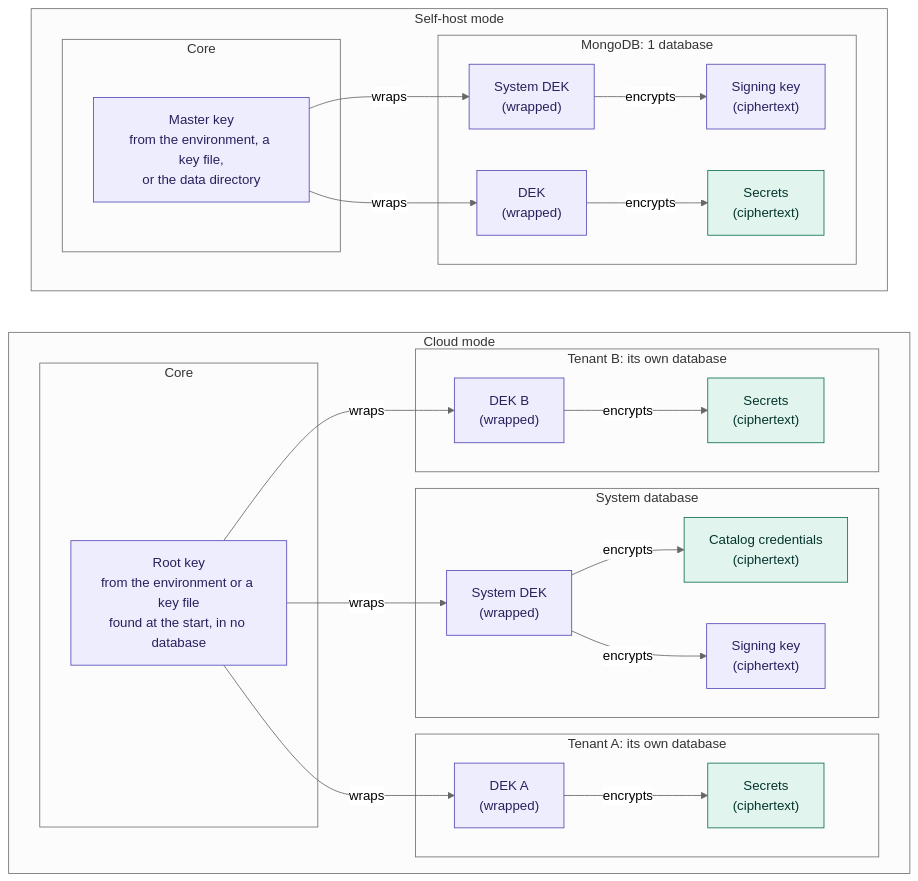
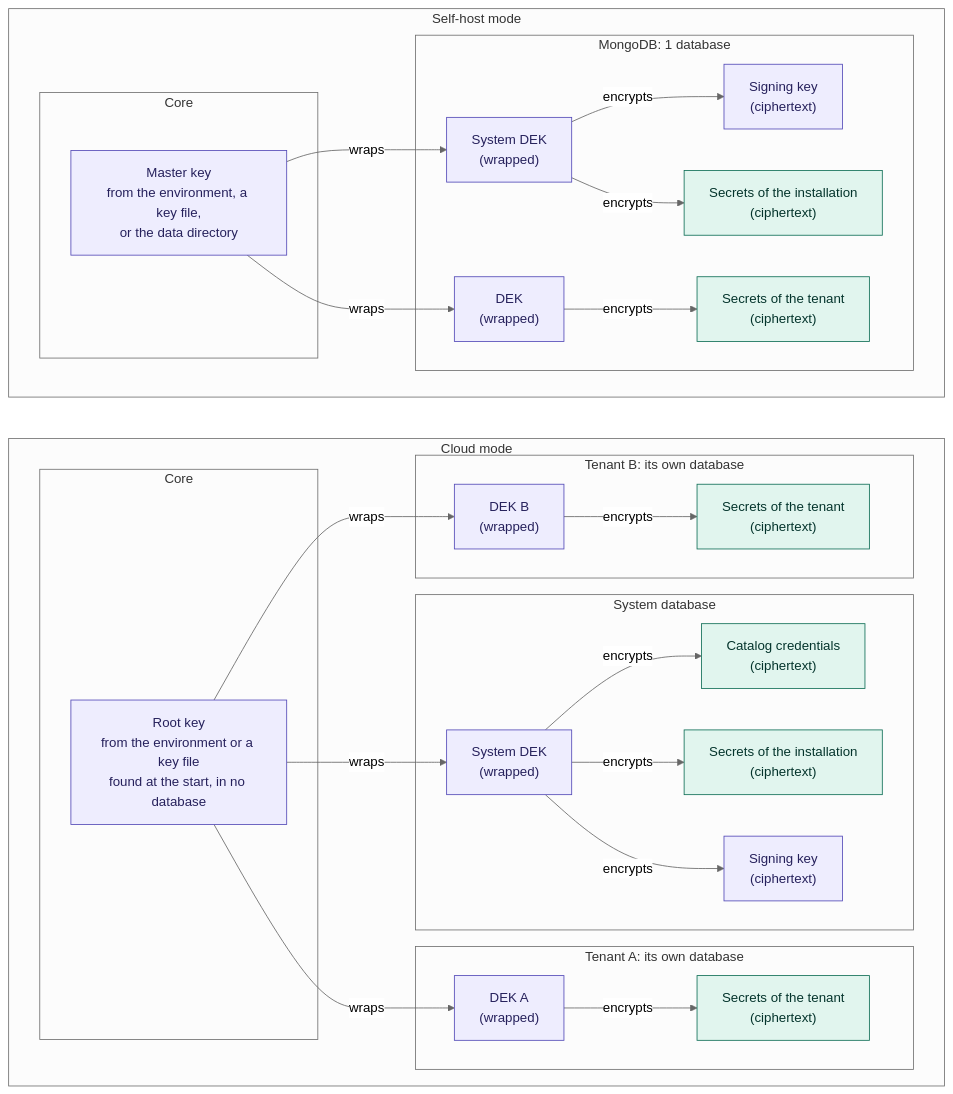
Before and after one commit to opencelium/opencelium: the second of 2 diagrams in src/backend/docs/architecture.md, drawn with Mermaid (neutral theme). The commit also changed other lines of this file and 2 other files, not shown here.

Commit message:
docs: record the settings and secrets decisions

````diff
--- a/src/backend/docs/architecture.md
+++ b/src/backend/docs/architecture.md
@@ -307,51 +318,55 @@
 ```mermaid
 flowchart LR
     subgraph CLOUD["Cloud mode"]
         direction LR
         subgraph CORE["Core"]
             RK["Root key<br/>from the environment or a key file<br/>found at the start, in no database"]
         end
         subgraph SYS["System database"]
             DEKS["System DEK<br/>(wrapped)"]
             SECS["Catalog credentials<br/>(ciphertext)"]
+            SECI["Secrets of the installation<br/>(ciphertext)"]
             SIGS["Signing key<br/>(ciphertext)"]
         end
         subgraph TA["Tenant A: its own database"]
             DEKA["DEK A<br/>(wrapped)"]
-            SECA["Secrets<br/>(ciphertext)"]
+            SECA["Secrets of the tenant<br/>(ciphertext)"]
         end
         subgraph TB["Tenant B: its own database"]
             DEKB["DEK B<br/>(wrapped)"]
-            SECB["Secrets<br/>(ciphertext)"]
+            SECB["Secrets of the tenant<br/>(ciphertext)"]
         end
         RK -- wraps --> DEKS
         RK -- wraps --> DEKA
         RK -- wraps --> DEKB
         DEKS -- encrypts --> SECS
+        DEKS -- encrypts --> SECI
         DEKS -- encrypts --> SIGS
         DEKA -- encrypts --> SECA
         DEKB -- encrypts --> SECB
     end
 
     subgraph SELF["Self-host mode"]
         direction LR
         subgraph CORE2["Core"]
             MK["Master key<br/>from the environment, a key file,<br/>or the data directory"]
         end
         subgraph DB["MongoDB: 1 database"]
             DEKS1["System DEK<br/>(wrapped)"]
             SIG1["Signing key<br/>(ciphertext)"]
+            SECI1["Secrets of the installation<br/>(ciphertext)"]
             DEK1["DEK<br/>(wrapped)"]
-            SEC1["Secrets<br/>(ciphertext)"]
+            SEC1["Secrets of the tenant<br/>(ciphertext)"]
         end
         MK -- wraps --> DEKS1
         MK -- wraps --> DEK1
         DEKS1 -- encrypts --> SIG1
+        DEKS1 -- encrypts --> SECI1
         DEK1 -- encrypts --> SEC1
     end
 
     classDef keymat fill:#EEEDFE,stroke:#534AB7,color:#26215C
     classDef secret fill:#E1F5EE,stroke:#0F6E56,color:#04342C
     class RK,MK,DEKS,DEKA,DEKB,DEK1,DEKS1,SIGS,SIG1 keymat
-    class SECS,SECA,SECB,SEC1 secret
+    class SECS,SECI,SECA,SECB,SEC1,SECI1 secret
 ```
````
